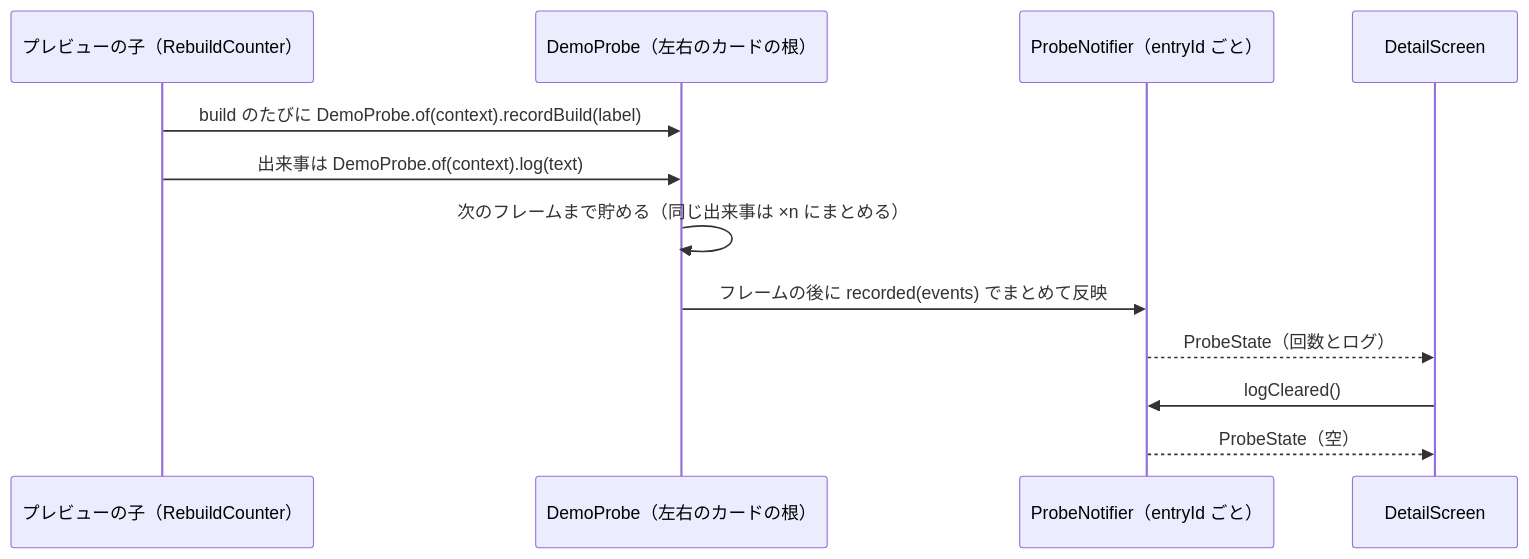
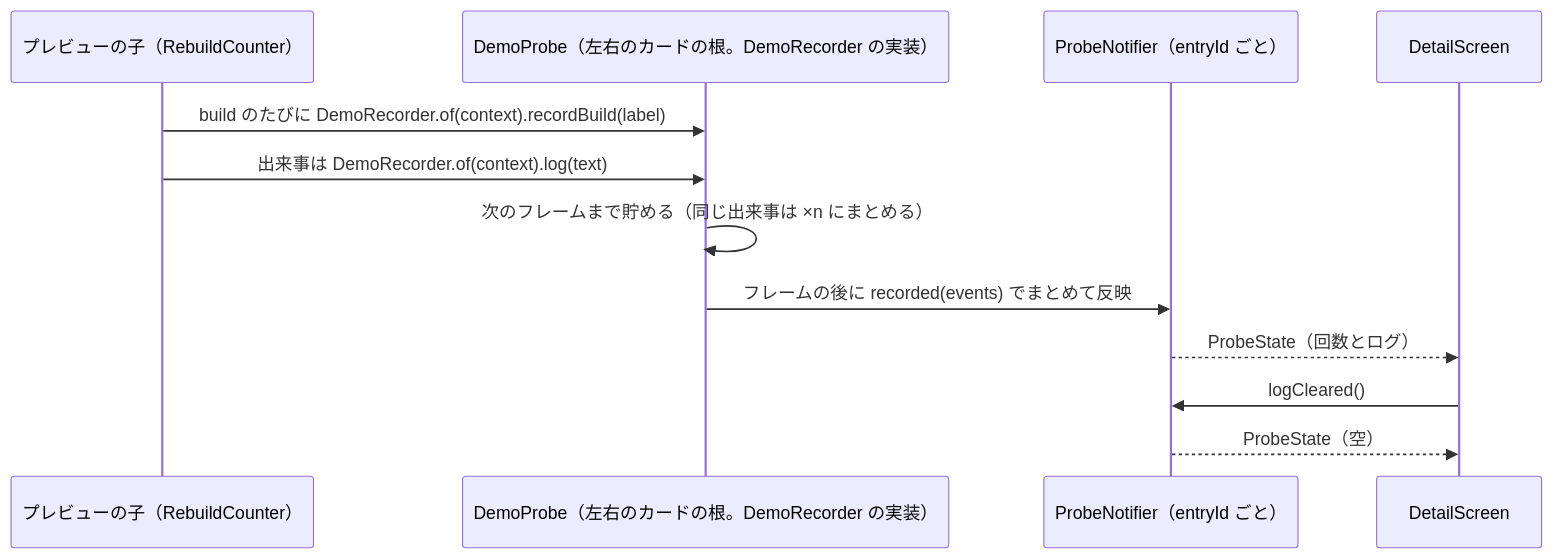
The fifth of 6 diagrams in docs/design/functions/demo-engine.md (masa-futa/widget-lab), drawn with Mermaid before and after one commit. The commit also changed other lines of this file and 2 other files, not shown here.

````diff
--- a/docs/design/functions/demo-engine.md
+++ b/docs/design/functions/demo-engine.md
@@ -177,14 +180,14 @@
 ```mermaid
 sequenceDiagram
     participant P as プレビューの子（RebuildCounter）
-    participant B as DemoProbe（左右のカードの根）
+    participant B as DemoProbe（左右のカードの根。DemoRecorder の実装）
     participant N as ProbeNotifier（entryId ごと）
     participant V as DetailScreen
-    P->>B: build のたびに DemoProbe.of(context).recordBuild(label)
-    P->>B: 出来事は DemoProbe.of(context).log(text)
+    P->>B: build のたびに DemoRecorder.of(context).recordBuild(label)
+    P->>B: 出来事は DemoRecorder.of(context).log(text)
     B->>B: 次のフレームまで貯める（同じ出来事は ×n にまとめる）
     B->>N: フレームの後に recorded(events) でまとめて反映
     N-->>V: ProbeState（回数とログ）
     V->>N: logCleared()
     N-->>V: ProbeState（空）
 ```
````
